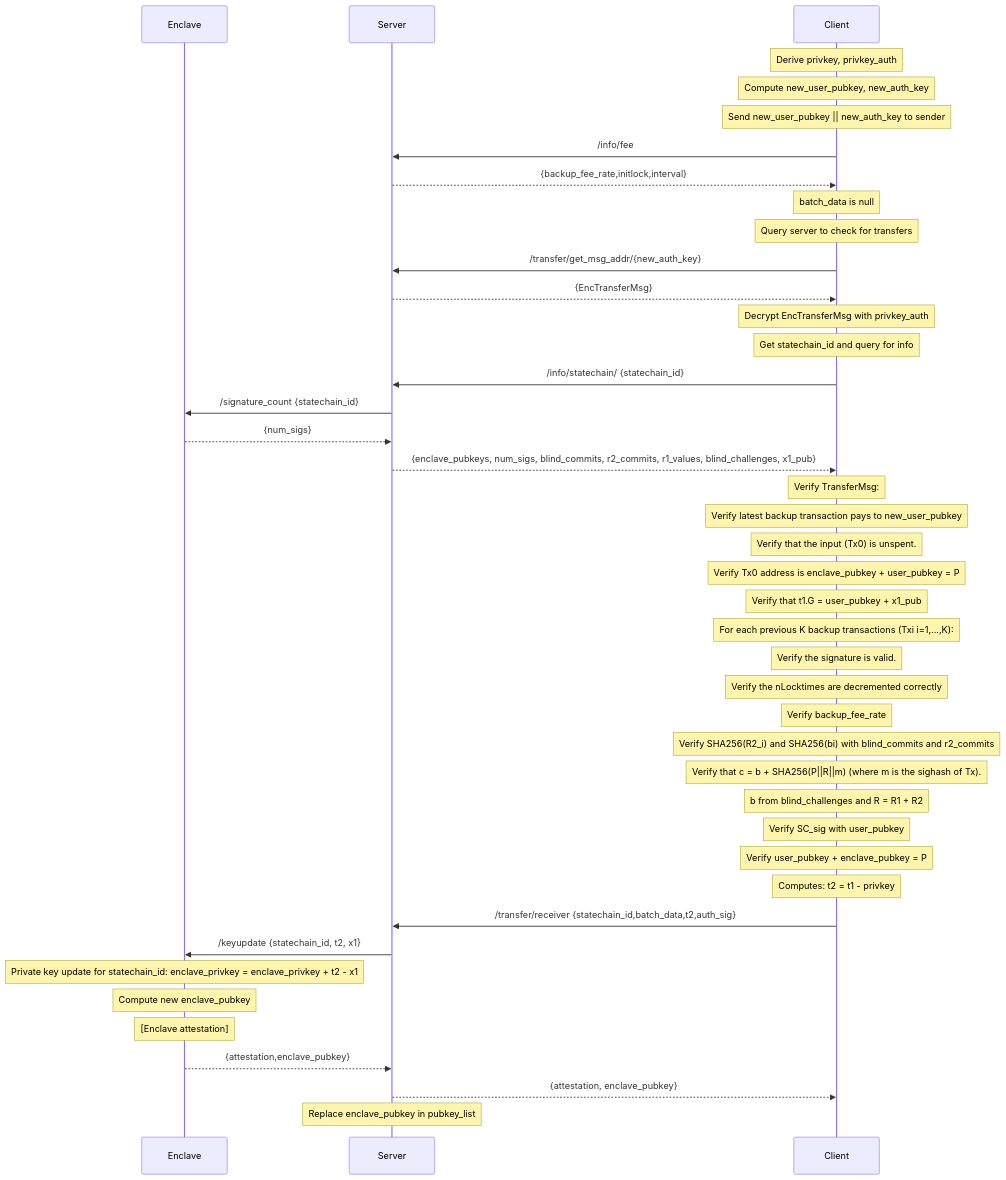
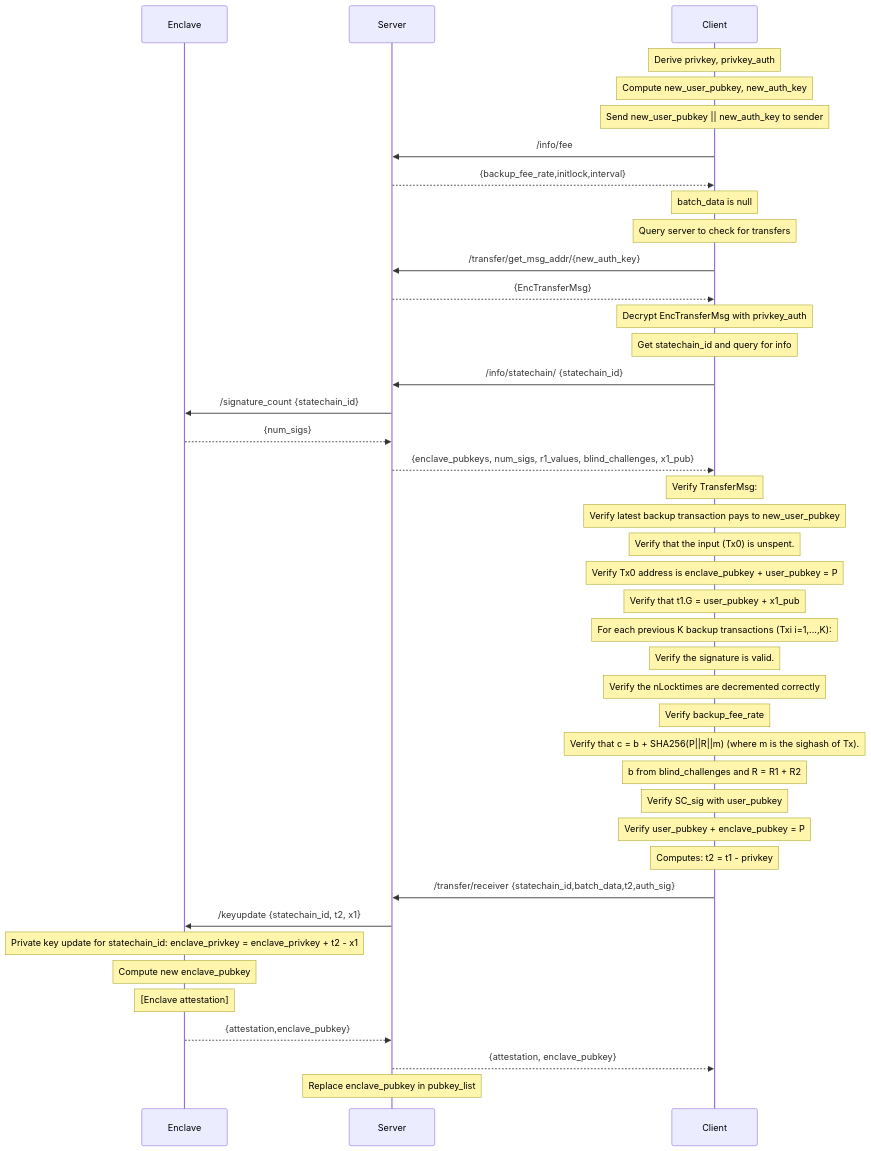
Before and after one commit to commerceblock/mercurylayer: the diagram in docs/transfer_receiver_sequence.md, drawn with Mermaid. The commit also changed 15 other files, not shown here.

````diff
--- a/docs/transfer_receiver_sequence.md
+++ b/docs/transfer_receiver_sequence.md
@@ -3,44 +3,43 @@
 ```mermaid
 sequenceDiagram
     participant Enclave
     participant Server
     participant Client
     note over Client: Derive privkey, privkey_auth
     note over Client: Compute new_user_pubkey, new_auth_key
     note over Client: Send new_user_pubkey || new_auth_key to sender
     Client->>Server: /info/fee
     Server-->>Client: {backup_fee_rate,initlock,interval}
     note over Client: batch_data is null
     note over Client: Query server to check for transfers
     Client->>Server: /transfer/get_msg_addr/{new_auth_key}
     Server-->>Client: {EncTransferMsg}
     note over Client: Decrypt EncTransferMsg with privkey_auth
     note over Client: Get statechain_id and query for info
     Client->>Server: /info/statechain/ {statechain_id}
     Server->>Enclave: /signature_count {statechain_id}
     Enclave-->>Server: {num_sigs}
-    Server-->>Client: {enclave_pubkeys, num_sigs, blind_commits, r2_commits, r1_values, blind_challenges, x1_pub}
+    Server-->>Client: {enclave_pubkeys, num_sigs, r1_values, blind_challenges, x1_pub}
     note over Client: Verify TransferMsg:
     note over Client: Verify latest backup transaction pays to new_user_pubkey
     note over Client: Verify that the input (Tx0) is unspent.
     note over Client: Verify Tx0 address is enclave_pubkey + user_pubkey = P
     note over Client: Verify that t1.G = user_pubkey + x1_pub
     note over Client: For each previous K backup transactions (Txi i=1,...,K):
     note over Client:   Verify the signature is valid.
     note over Client:   Verify the nLocktimes are decremented correctly
     note over Client:   Verify backup_fee_rate
-    note over Client:   Verify SHA256(R2_i) and SHA256(bi) with blind_commits and r2_commits
     note over Client:   Verify that c = b + SHA256(P||R||m) (where m is the sighash of Tx).
     note over Client:   b from blind_challenges and R = R1 + R2
     note over Client: Verify SC_sig with user_pubkey
     note over Client: Verify user_pubkey + enclave_pubkey = P
     note over Client: Computes: t2 = t1 - privkey
     Client->>Server: /transfer/receiver {statechain_id,batch_data,t2,auth_sig}
     Server->>Enclave: /keyupdate {statechain_id, t2, x1}
     note over Enclave: Private key update for statechain_id: enclave_privkey = enclave_privkey + t2 - x1
     note over Enclave: Compute new enclave_pubkey
     note over Enclave: [Enclave attestation]
     Enclave-->>Server: {attestation,enclave_pubkey}
     Server-->>Client: {attestation, enclave_pubkey}
     note over Server: Replace enclave_pubkey in pubkey_list
 ```
````
